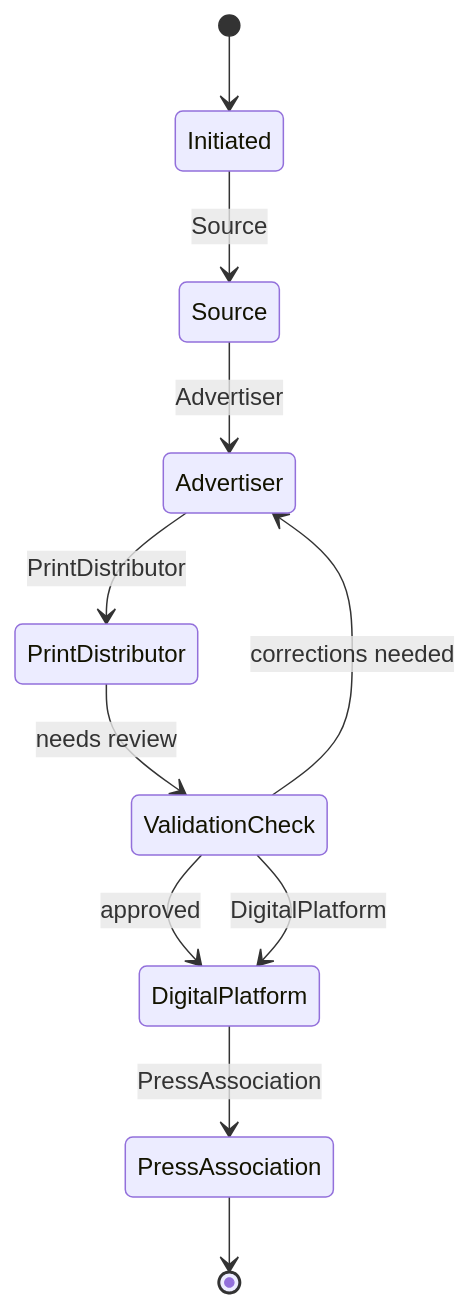
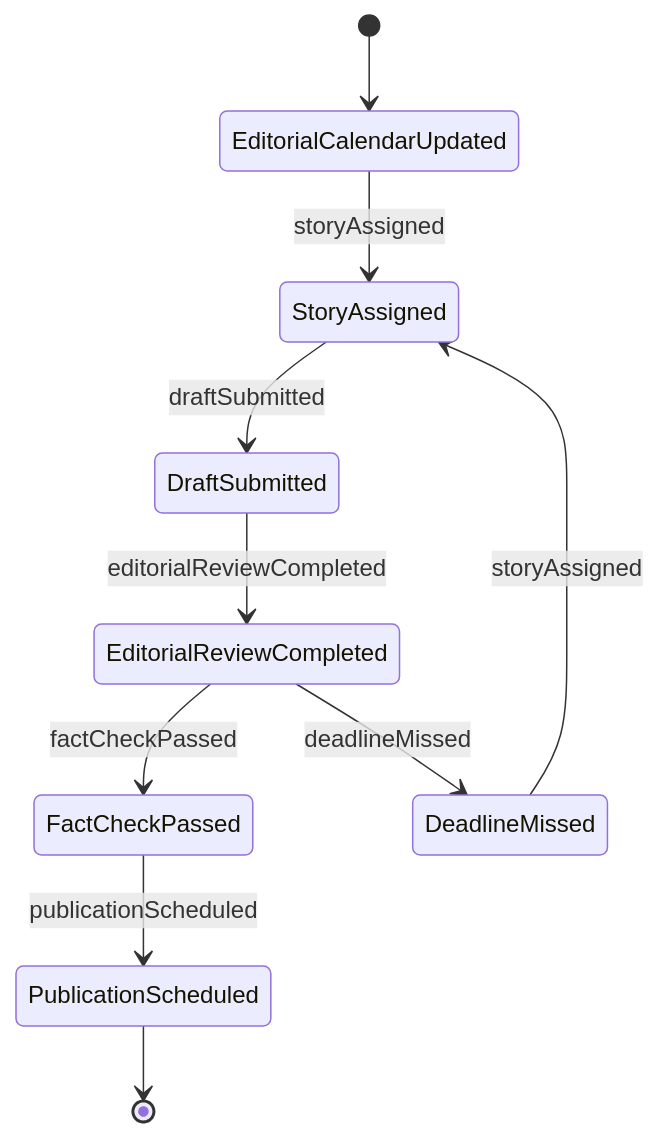
One commit to dot-org-ai/tasks.org.ai changed the second of 4 diagrams in GuidingDirectingAndMotivatingSubordinates/DirectOrganizationalOperationsActivitiesOrProcedures/CoordinateReportingEditingActivities.mdx. Above: the diagram before and after it, drawn with Mermaid. The commit also changed other lines of this file and 515 other files, not shown here.

````diff
--- a/GuidingDirectingAndMotivatingSubordinates/DirectOrganizationalOperationsActivitiesOrProcedures/CoordinateReportingEditingActivities.mdx
+++ b/GuidingDirectingAndMotivatingSubordinates/DirectOrganizationalOperationsActivitiesOrProcedures/CoordinateReportingEditingActivities.mdx
@@ -105,13 +104,12 @@
 ```mermaid
 stateDiagram-v2
-    [*] --> Initiated
-    Initiated --> Source: Source
-    Source --> Advertiser: Advertiser
-    Advertiser --> PrintDistributor: PrintDistributor
-    PrintDistributor --> ValidationCheck: needs review
-    ValidationCheck --> Advertiser: corrections needed
-    ValidationCheck --> DigitalPlatform: approved
-    ValidationCheck --> DigitalPlatform: DigitalPlatform
-    DigitalPlatform --> PressAssociation: PressAssociation
-    PressAssociation --> [*]
+    [*] --> EditorialCalendarUpdated
+    EditorialCalendarUpdated --> StoryAssigned : storyAssigned
+    StoryAssigned --> DraftSubmitted : draftSubmitted
+    DraftSubmitted --> EditorialReviewCompleted : editorialReviewCompleted
+    EditorialReviewCompleted --> FactCheckPassed : factCheckPassed
+    FactCheckPassed --> PublicationScheduled : publicationScheduled
+    EditorialReviewCompleted --> DeadlineMissed : deadlineMissed
+    DeadlineMissed --> StoryAssigned : storyAssigned
+    PublicationScheduled --> [*]
 ```
````
